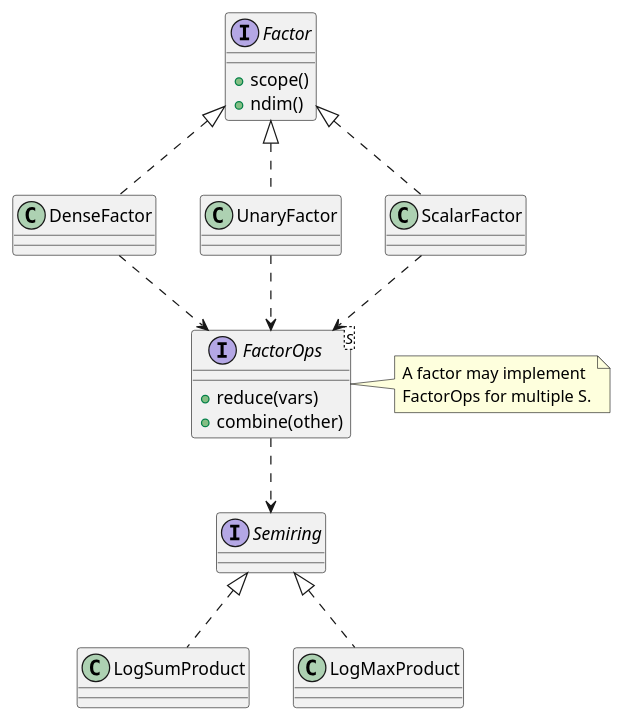
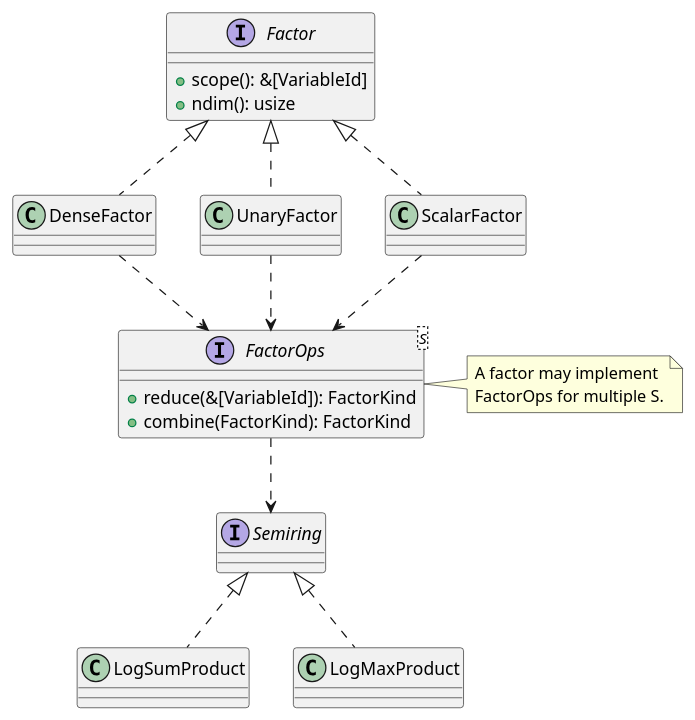
One commit to crowetc/loopy changed the diagram in docs/factor-architecture.puml. Above: the diagram before and after it, drawn with PlantUML. The commit also changed 5 other files, not shown here.

Commit message:
update um diagrams

```diff
--- a/docs/factor-architecture.puml
+++ b/docs/factor-architecture.puml
@@ -1,40 +1,40 @@
 @startuml
 
 interface Factor {
-    +scope()
-    +ndim()
+    +scope(): &[VariableId]
+    +ndim(): usize
 }
 
 interface "FactorOps<S>" as FactorOps {
-    +reduce(vars)
-    +combine(other)
+    +reduce(&[VariableId]): FactorKind
+    +combine(FactorKind): FactorKind
 }
 
 class DenseFactor
 class UnaryFactor
 class ScalarFactor
 
 interface Semiring
 
 class LogSumProduct
 class LogMaxProduct
 
 Factor <|.. DenseFactor
 Factor <|.. UnaryFactor
 Factor <|.. ScalarFactor
 
 Semiring <|.. LogSumProduct
 Semiring <|.. LogMaxProduct
 
 FactorOps ..> Semiring
 
 DenseFactor ..> FactorOps
 UnaryFactor ..> FactorOps
 ScalarFactor ..> FactorOps
 
 note right of FactorOps
     A factor may implement
     FactorOps for multiple S.
 end note
 
 @enduml
```
